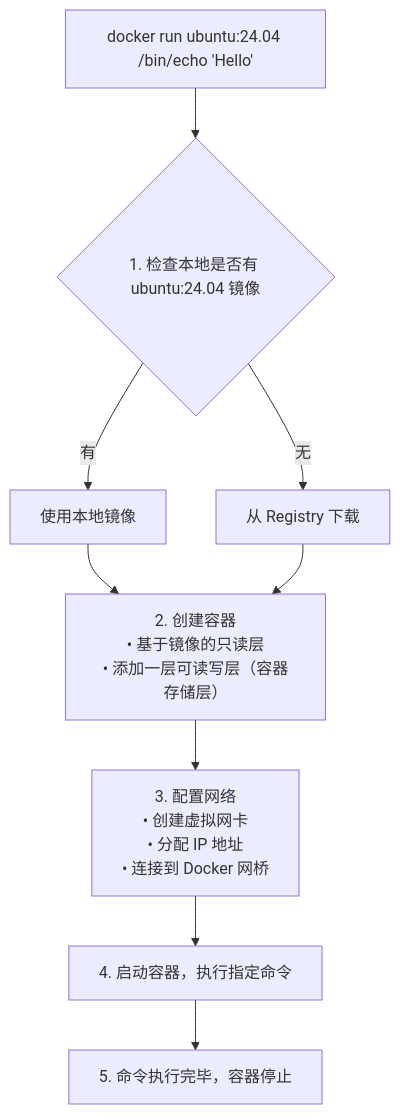
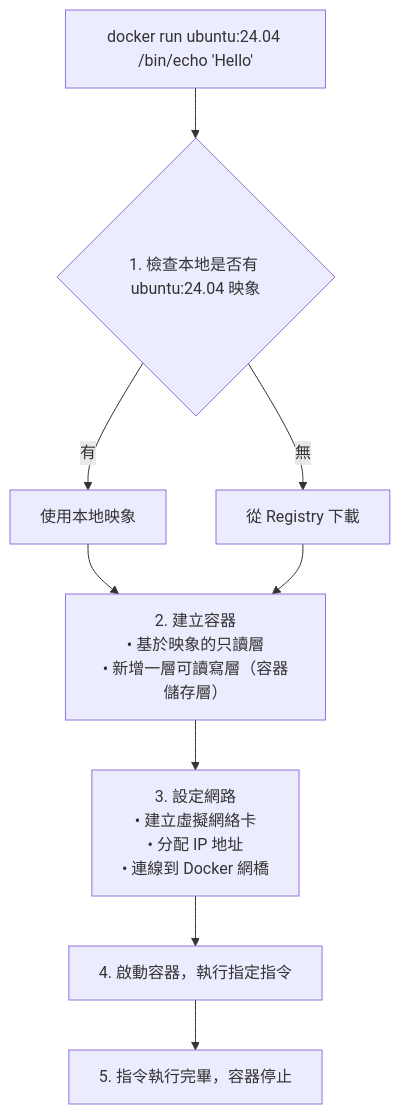
The diagram in 05_container/5.1_run.md (doggy8088/docker_practice), drawn with Mermaid before and after one commit. The commit also changed other lines of this file and 211 other files, not shown here.

````diff
--- a/05_container/5.1_run.md
+++ b/05_container/5.1_run.md
@@ -64,16 +64,16 @@
 ```mermaid
 flowchart TD
     Cmd["docker run ubuntu:24.04 /bin/echo 'Hello'"] --> Step1
 
-    Step1{"1. 检查本地是否有 ubuntu:24.04 镜像"}
-    Step1 -- 有 --> Step1_Yes["使用本地镜像"]
-    Step1 -- 无 --> Step1_No["从 Registry 下载"]
+    Step1{"1. 檢查本地是否有 ubuntu:24.04 映象"}
+    Step1 -- 有 --> Step1_Yes["使用本地映象"]
+    Step1 -- 無 --> Step1_No["從 Registry 下載"]
 
     Step1_Yes --> Step2
     Step1_No --> Step2
 
-    Step2["2. 创建容器<br/>• 基于镜像的只读层<br/>• 添加一层可读写层（容器存储层）"] --> Step3
-    Step3["3. 配置网络<br/>• 创建虚拟网卡<br/>• 分配 IP 地址<br/>• 连接到 Docker 网桥"] --> Step4
-    Step4["4. 启动容器，执行指定命令"] --> Step5
-    Step5["5. 命令执行完毕，容器停止"]
+    Step2["2. 建立容器<br/>• 基於映象的只讀層<br/>• 新增一層可讀寫層（容器儲存層）"] --> Step3
+    Step3["3. 設定網路<br/>• 建立虛擬網絡卡<br/>• 分配 IP 地址<br/>• 連線到 Docker 網橋"] --> Step4
+    Step4["4. 啟動容器，執行指定指令"] --> Step5
+    Step5["5. 指令執行完畢，容器停止"]
 ```
````
